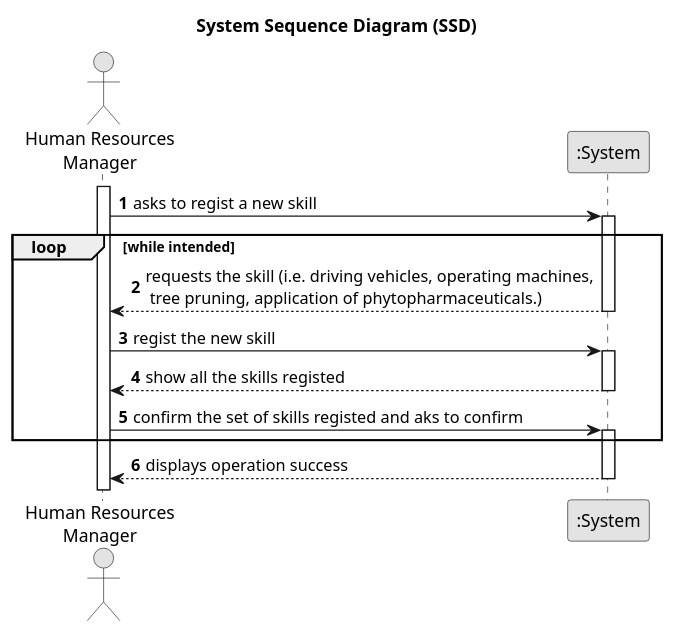
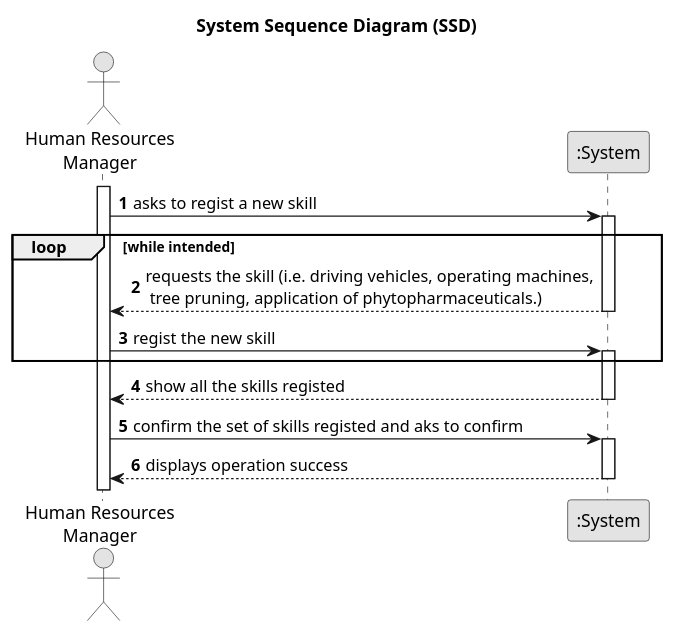
Before and after one commit to 1231360-ISEP/lei-24-s2-1db-g021: the diagram in docs/sprintA/us001/01.requirements-engineering/puml/us001-system-sequence-diagram-alternative-one.puml, drawn with PlantUML.

Commit message:
Update the US01 SSD plant uml

```diff
--- a/docs/sprintA/us001/01.requirements-engineering/puml/us001-system-sequence-diagram-alternative-one.puml
+++ b/docs/sprintA/us001/01.requirements-engineering/puml/us001-system-sequence-diagram-alternative-one.puml
@@ -1,37 +1,36 @@
 @startuml
 skinparam monochrome true
 skinparam packageStyle rectangle
 skinparam shadowing false
 
 title System Sequence Diagram (SSD)
 
 autonumber
 
 actor "Human Resources\nManager" as HRM
 participant ":System" as System
 
 activate HRM
 
     HRM -> System : asks to regist a new skill
     activate System
 
     loop while intended
             System --> HRM : requests the skill (i.e. driving vehicles, operating machines,\n tree pruning, application of phytopharmaceuticals.)
         deactivate System
 
         HRM -> System : regist the new skill
         activate System
-
-            System --> HRM : show all the skills registed
-        deactivate System
-
-        HRM -> System : confirm the set of skills registed and aks to confirm
-        activate System
-
     end
 
-        System --> HRM : displays operation success
+        System --> HRM : show all the skills registed
+    deactivate System
+
+    HRM -> System : confirm the set of skills registed and aks to confirm
+    activate System
+
+    System --> HRM : displays operation success
     deactivate System
 
 
 @enduml
```
